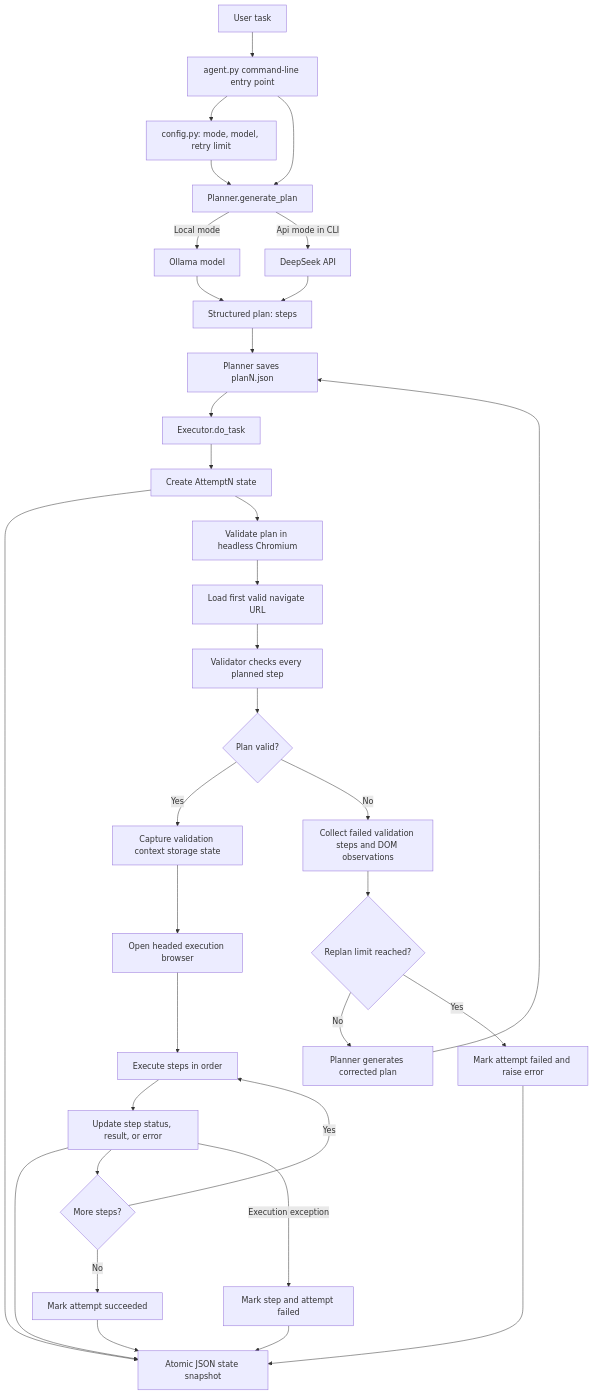
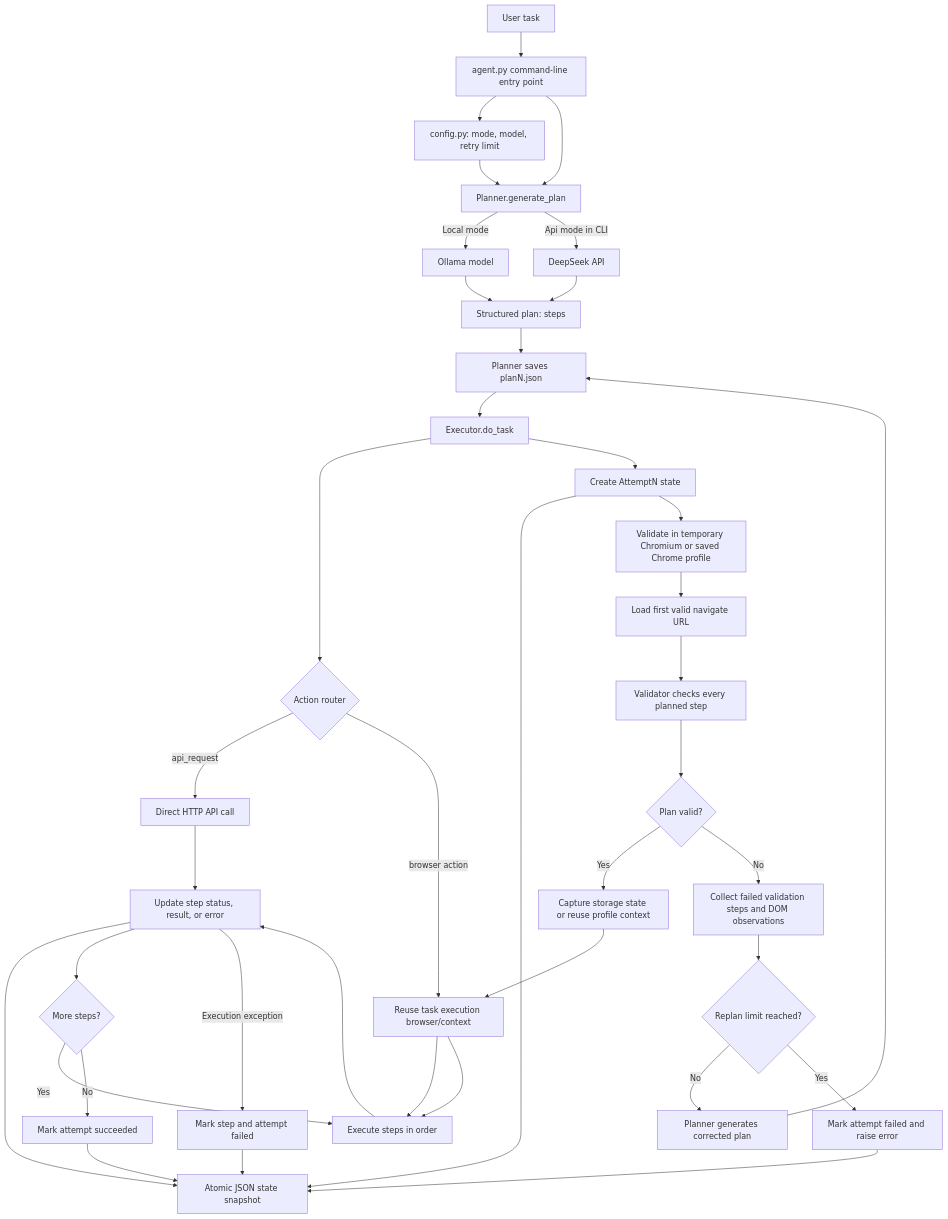
Before and after one commit to Faizanfarhad/BrowserAutomationAgent: the diagram in Readme.md, drawn with Mermaid. The commit also changed other lines of this file and 21 other files, not shown here.

Commit message:
added api first architect and evaluation system

````diff
--- a/Readme.md
+++ b/Readme.md
@@ -9,41 +17,47 @@
 ```mermaid
 flowchart TD
         U[User task] --> CLI[agent.py command-line entry point]
         CLI --> CFG[config.py: mode, model, retry limit]
         CLI --> P[Planner.generate_plan]
         CFG --> P
 
         P -->|Local mode| O[Ollama model]
         P -->|Api mode in CLI| D[DeepSeek API]
         O --> PLAN[Structured plan: steps]
         D --> PLAN
         PLAN --> SAVEPLAN[Planner saves planN.json]
         SAVEPLAN --> E[Executor.do_task]
 
+        E --> ROUTER{Action router}
+        ROUTER -->|api_request| API[Direct HTTP API call]
+        ROUTER -->|browser action| BROWSER[Playwright execution]
+        API --> STEPSTATE
+        BROWSER --> STEP
+
         E --> ATT[Create AttemptN state]
         ATT --> SAVE[Atomic JSON state snapshot]
-        ATT --> V[Validate plan in headless Chromium]
+        ATT --> V[Validate in temporary Chromium or saved Chrome profile]
         V --> FIRST[Load first valid navigate URL]
         FIRST --> CHECK[Validator checks every planned step]
         CHECK --> VALID{Plan valid?}
 
-        VALID -->|Yes| STORAGE[Capture validation context storage state]
-        STORAGE --> BROWSER[Open headed execution browser]
+        VALID -->|Yes| STORAGE[Capture storage state or reuse profile context]
+        STORAGE --> BROWSER[Reuse task execution browser/context]
         BROWSER --> STEP[Execute steps in order]
         STEP --> STEPSTATE[Update step status, result, or error]
         STEPSTATE --> SAVE
         STEPSTATE --> MORE{More steps?}
         MORE -->|Yes| STEP
         MORE -->|No| SUCCESS[Mark attempt succeeded]
         SUCCESS --> SAVE
 
         VALID -->|No| OBS[Collect failed validation steps and DOM observations]
         OBS --> LIMIT{Replan limit reached?}
         LIMIT -->|No| RP[Planner generates corrected plan]
         RP --> SAVEPLAN
         LIMIT -->|Yes| FAIL[Mark attempt failed and raise error]
         FAIL --> SAVE
 
         STEPSTATE -->|Execution exception| EXECFAIL[Mark step and attempt failed]
         EXECFAIL --> SAVE
 ```
````
